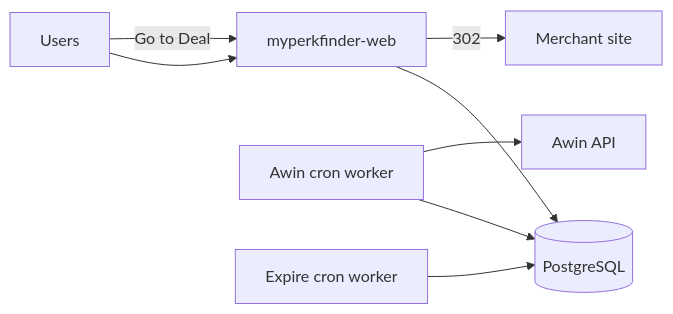
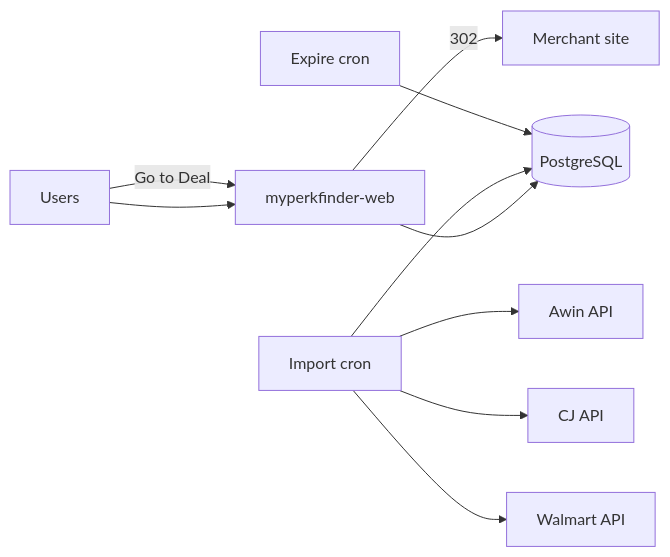
The diagram in README.md (elucent-llc/my-perk-finder), drawn with Mermaid before and after one commit. The commit also changed other lines of this file and 34 other files, not shown here.

````diff
--- a/README.md
+++ b/README.md
@@ -313,10 +448,12 @@
 ```mermaid
 flowchart LR
   User[Users] --> Web[myperkfinder-web]
   Web --> PG[(PostgreSQL)]
-  CronAwin[Awin cron worker] --> PG
-  CronExpire[Expire cron worker] --> PG
-  CronAwin --> Awin[Awin API]
+  CronImport[Import cron] --> PG
+  CronExpire[Expire cron] --> PG
+  CronImport --> Awin[Awin API]
+  CronImport --> CJ[CJ API]
+  CronImport --> Walmart[Walmart API]
   User -->|Go to Deal| Web
   Web -->|302| Merchant[Merchant site]
 ```
````
